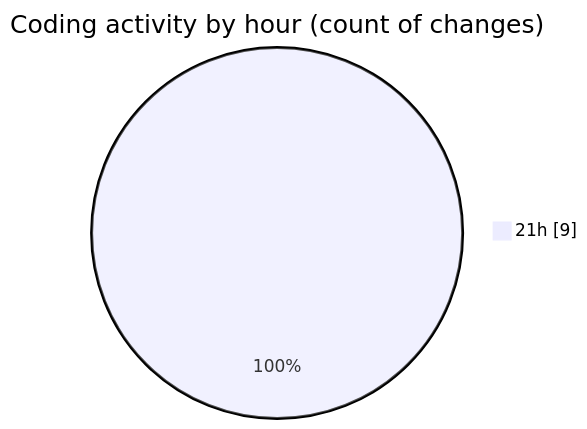
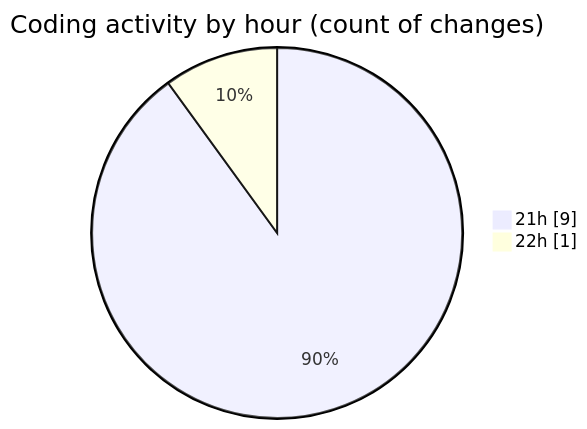
One commit to idhammustaqopulfikri/code-tracking changed the second of 2 diagrams in 2025-03-29/autodidak/README.md. Above: the diagram before and after it, drawn with Mermaid. The commit also changed other lines of this file and 1 other file, not shown here.

````diff
--- a/2025-03-29/autodidak/README.md
+++ b/2025-03-29/autodidak/README.md
@@ -31,5 +31,6 @@
 ```mermaid
 pie showData
 title Coding activity by hour (count of changes)
 "21h" : 9
+"22h" : 1
 ```
````
